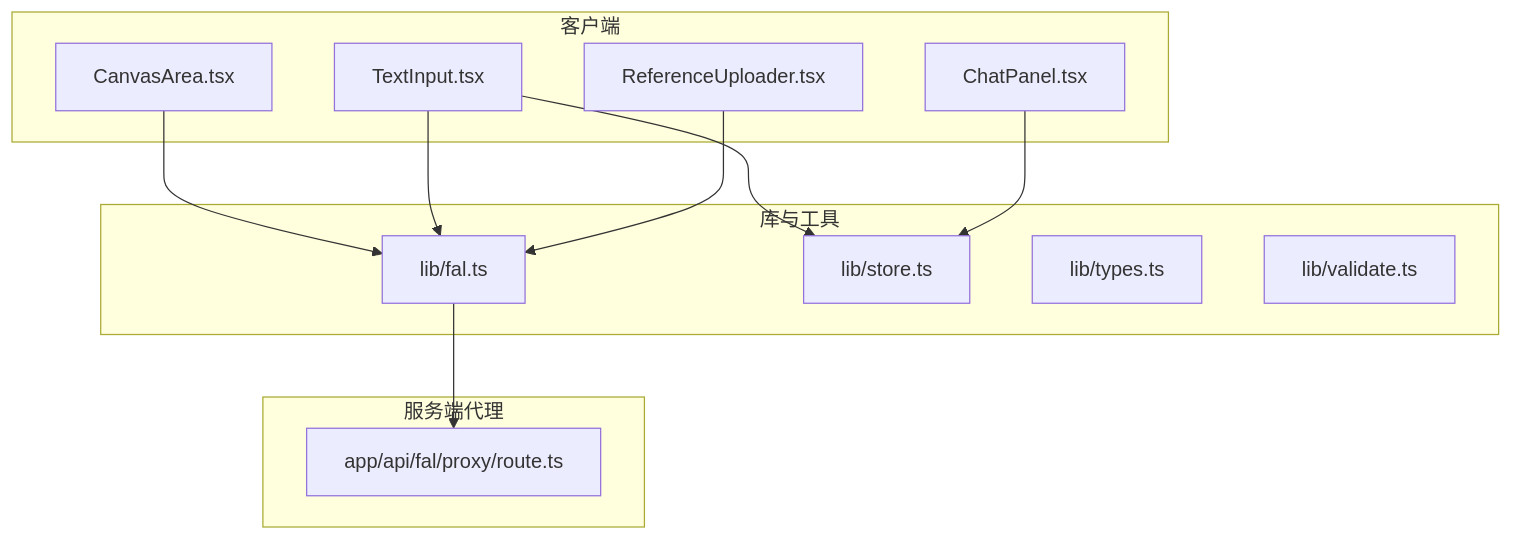
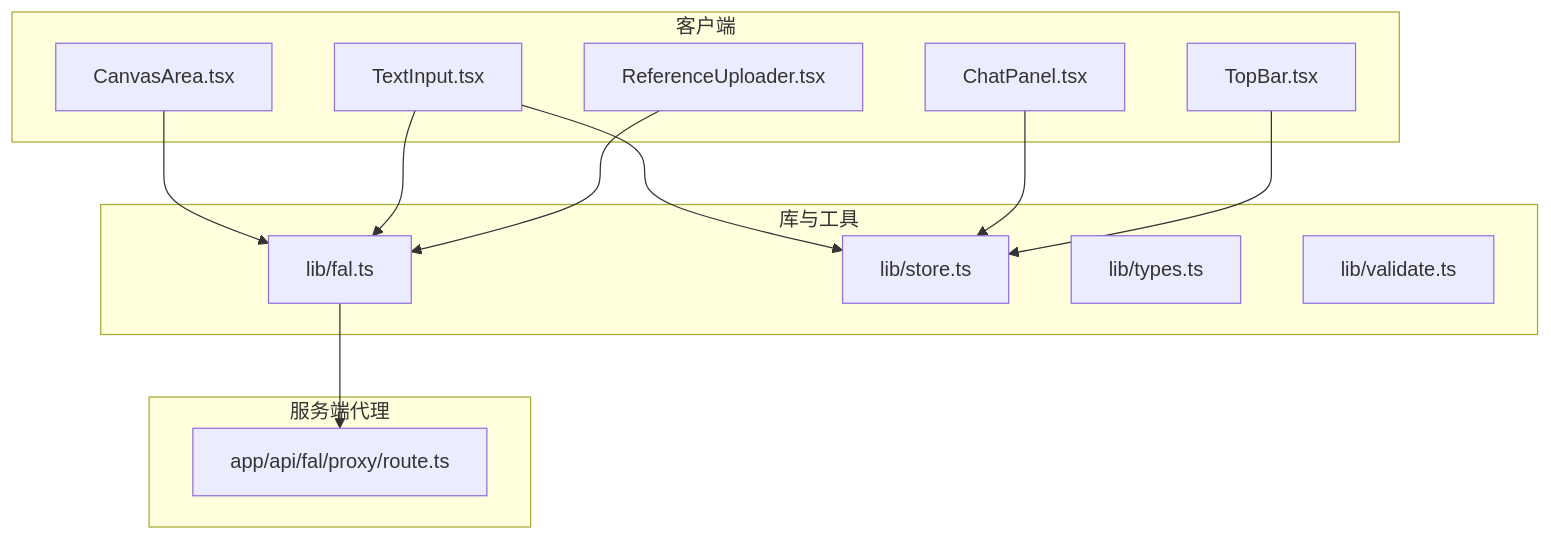
Before and after one commit to billye220670/BananaFlow2: the first of 11 diagrams in .qoder/repowiki/zh/content/核心功能模块/AI API 集成.md, drawn with Mermaid. The commit also changed other lines of this file and 7 other files, not shown here.

Commit message:
修复效果 auto 模式：FAL API 收到 'auto'，由模型自行决定最佳比例，生成后用实际宽高更新显示 指定比例（如 16:9、9:16 等）：正确传递，不再被覆盖为 1:1 占位图阶段：auto 时默认正方形占位，生成完成后自动更新为实际比例

````diff
--- a/.qoder/repowiki/zh/content/核心功能模块/AI API 集成.md
+++ b/.qoder/repowiki/zh/content/核心功能模块/AI API 集成.md
@@ -53,24 +60,26 @@
 ```mermaid
 graph TB
 subgraph "客户端"
 UI_Canvas["CanvasArea.tsx"]
 UI_Chat["ChatPanel.tsx"]
 UI_Text["TextInput.tsx"]
 UI_Uploader["ReferenceUploader.tsx"]
+UI_TopBar["TopBar.tsx"]
 end
 subgraph "库与工具"
 L_FAL["lib/fal.ts"]
 L_Store["lib/store.ts"]
 L_Types["lib/types.ts"]
 L_Validate["lib/validate.ts"]
 end
 subgraph "服务端代理"
 S_Route["app/api/fal/proxy/route.ts"]
 end
 UI_Canvas --> L_FAL
 UI_Text --> L_FAL
 UI_Uploader --> L_FAL
 UI_Text --> L_Store
 UI_Chat --> L_Store
+UI_TopBar --> L_Store
 L_FAL --> S_Route
 ```
````
